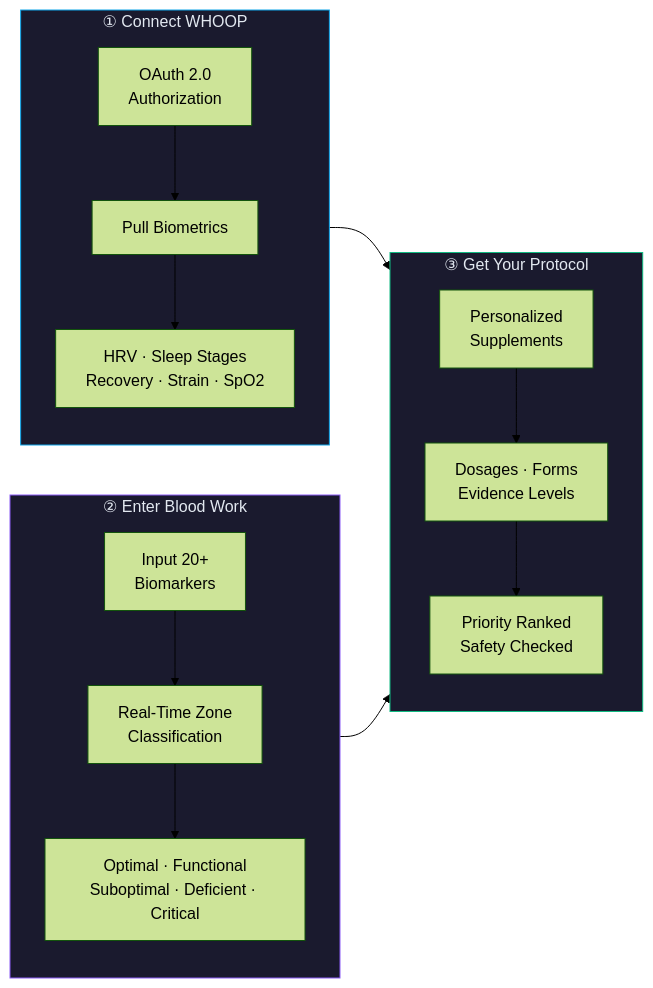
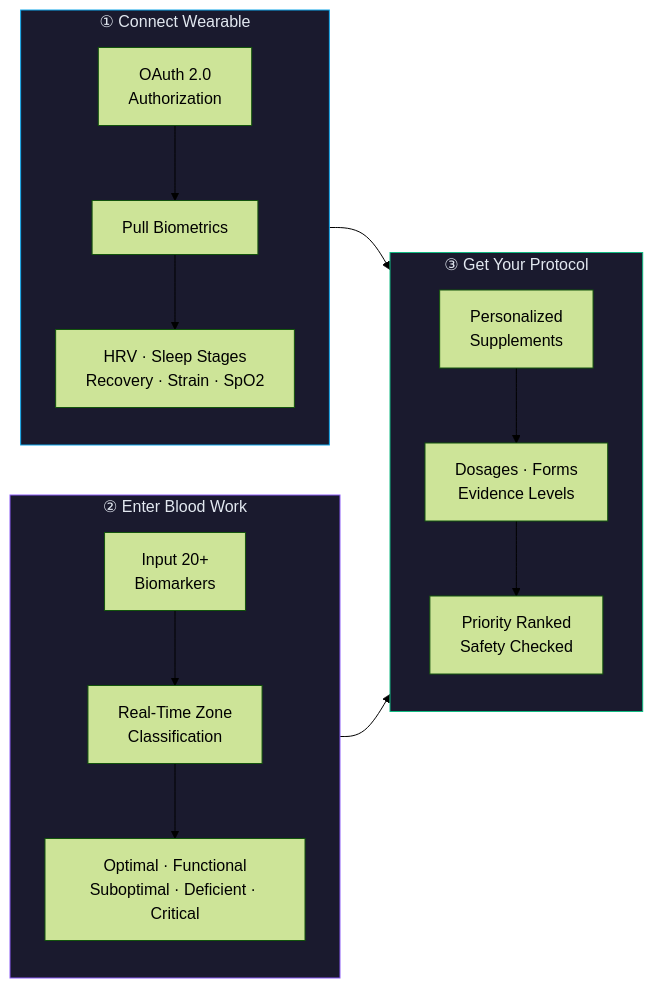
Before and after one commit to Hitesh3936/AI-HealthCare: the first of 3 diagrams in README.md, drawn with Mermaid (forest theme).

Commit message:
improve readme

````diff
--- a/README.md
+++ b/README.md
@@ -59,24 +59,24 @@
 ```mermaid
 graph LR
-    subgraph Step1["① Connect WHOOP"]
+    subgraph Step1["① Connect Wearable"]
         A["OAuth 2.0\nAuthorization"] --> B["Pull Biometrics"]
         B --> B1["HRV · Sleep Stages\nRecovery · Strain · SpO2"]
     end
 
     subgraph Step2["② Enter Blood Work"]
         C["Input 20+\nBiomarkers"] --> D["Real-Time Zone\nClassification"]
         D --> D1["Optimal · Functional\nSuboptimal · Deficient · Critical"]
     end
 
     subgraph Step3["③ Get Your Protocol"]
         E["Personalized\nSupplements"] --> F["Dosages · Forms\nEvidence Levels"]
         F --> F1["Priority Ranked\nSafety Checked"]
     end
 
     Step1 --> Step3
     Step2 --> Step3
 
     style Step1 fill:#1a1a2e,stroke:#0ea5e9,color:#e2e8f0
     style Step2 fill:#1a1a2e,stroke:#8b5cf6,color:#e2e8f0
     style Step3 fill:#1a1a2e,stroke:#10b981,color:#e2e8f0
 ```
````
